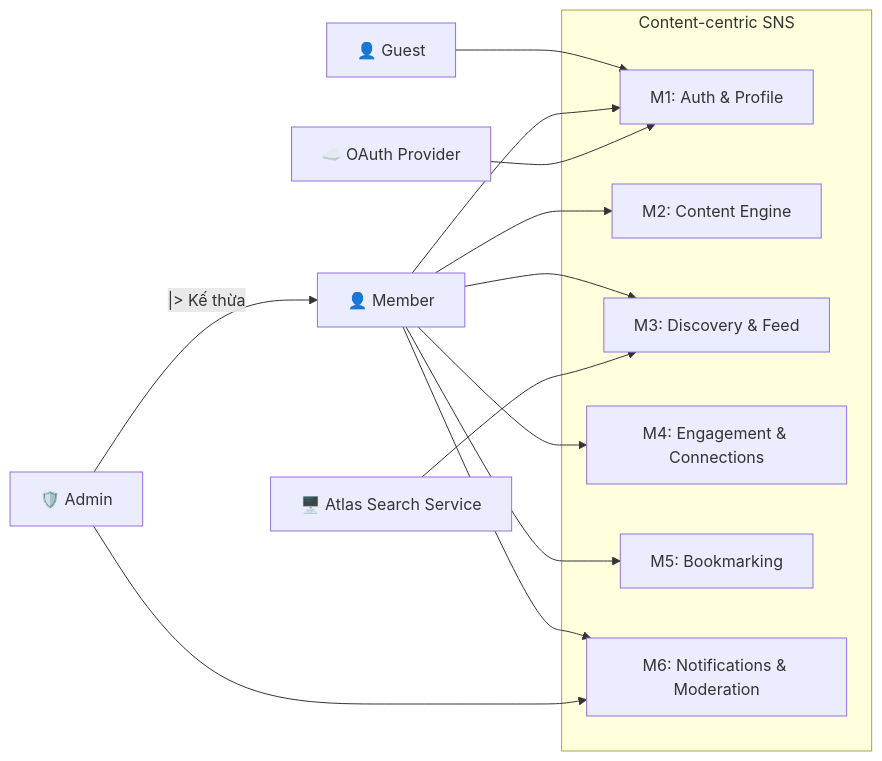
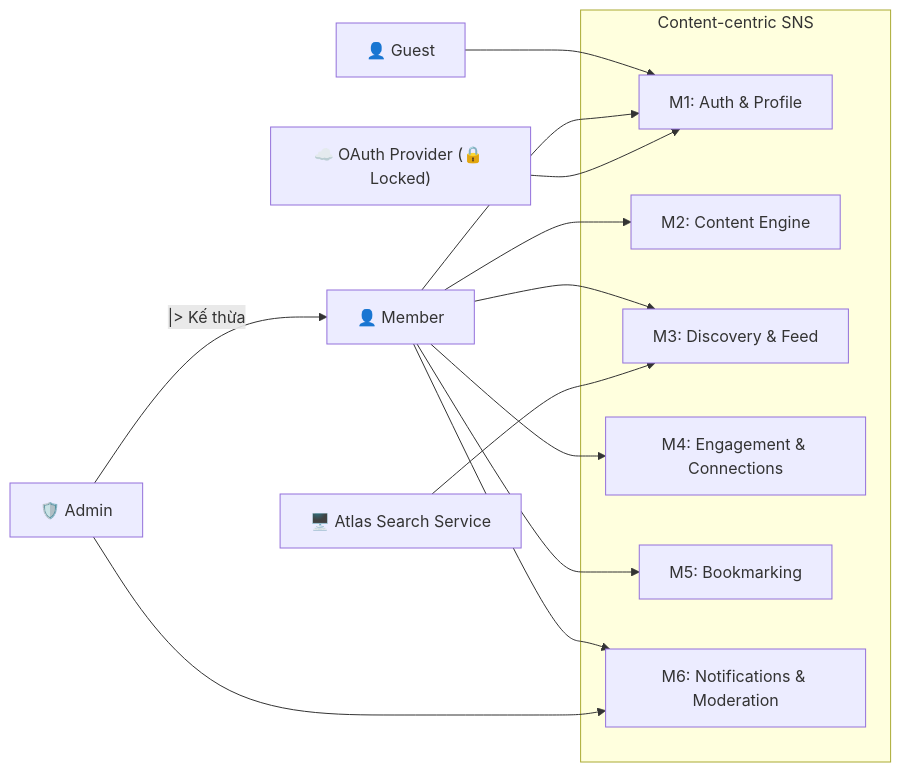
Before and after one commit to vuthuonghai-steve/KLTN-By_Thuong_Hai-Steve: the diagram in Docs/life-2/diagrams/UseCase/use-case-overview.md, drawn with Mermaid. The commit also changed other lines of this file and 6 other files, not shown here.

````diff
--- a/Docs/life-2/diagrams/UseCase/use-case-overview.md
+++ b/Docs/life-2/diagrams/UseCase/use-case-overview.md
@@ -28,32 +28,32 @@
 ```mermaid
 flowchart LR
     Guest["👤 Guest"]
     Member["👤 Member"]
     Admin["🛡️ Admin"]
-    OAuth["☁️ OAuth Provider"]
+    OAuth["☁️ OAuth Provider (🔒 Locked)"]
     SearchSvc["🖥️ Atlas Search Service"]
 
     Admin -- "|> Kế thừa" --> Member
 
     subgraph SystemBoundary ["Content-centric SNS"]
         M1[M1: Auth & Profile]
         M2[M2: Content Engine]
         M3[M3: Discovery & Feed]
         M4[M4: Engagement & Connections]
         M5[M5: Bookmarking]
         M6[M6: Notifications & Moderation]
     end
 
     Guest --> M1
     Member --> M1
     Member --> M2
     Member --> M3
     Member --> M4
     Member --> M5
     Member --> M6
     
     Admin --> M6
     
     OAuth --> M1
     SearchSvc --> M3
 ```
````
